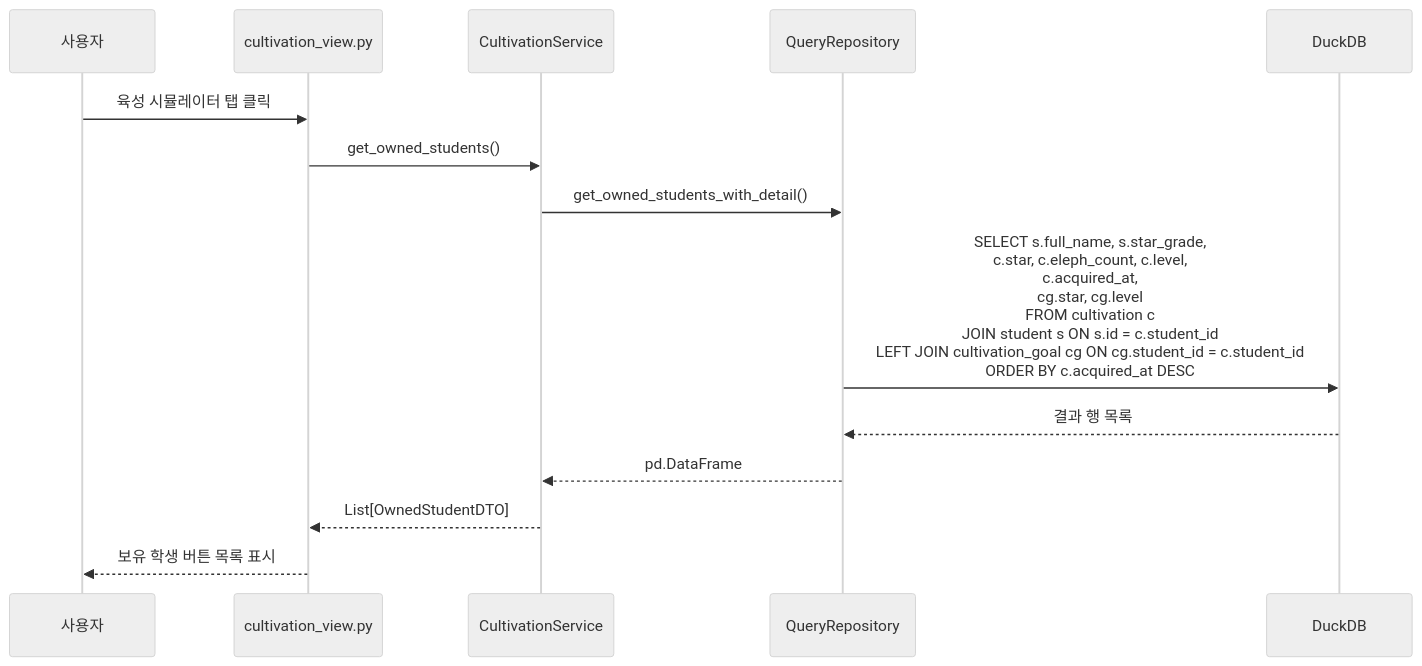
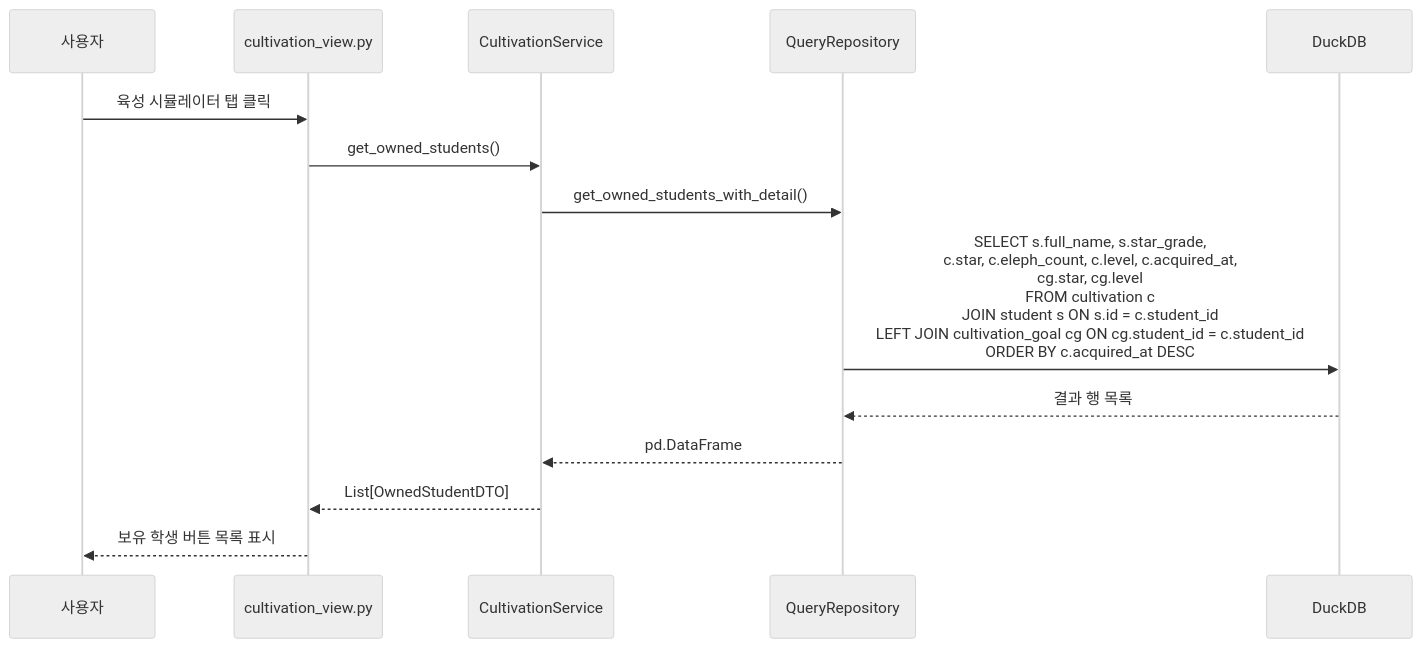
One commit to dngur521/blue-archive-db-project changed the fourth of 5 diagrams in 설계서_초안.md. Above: the diagram before and after it, drawn with Mermaid (neutral theme). The commit also changed other lines of this file and 2 other files, not shown here.

First line of the commit message:
📝 docs: 시퀀스 다이어그램 Use Case 번호 정합성 수정

````diff
--- a/설계서_초안.md
+++ b/설계서_초안.md
@@ -628,17 +628,17 @@
 ```mermaid
 sequenceDiagram
     participant 사용자
     participant View as cultivation_view.py
     participant Service as CultivationService
     participant QueryRepo as QueryRepository
     participant DB as DuckDB
 
     사용자->>View: 육성 시뮬레이터 탭 클릭
     View->>Service: get_owned_students()
     Service->>QueryRepo: get_owned_students_with_detail()
-    QueryRepo->>DB: SELECT s.full_name, s.star_grade,<br/>  c.star, c.eleph_count, c.level,<br/>  c.acquired_at,<br/>  cg.star, cg.level<br/>FROM cultivation c<br/>JOIN student s ON s.id = c.student_id<br/>LEFT JOIN cultivation_goal cg ON cg.student_id = c.student_id<br/>ORDER BY c.acquired_at DESC
+    QueryRepo->>DB: SELECT s.full_name, s.star_grade,<br/>  c.star, c.eleph_count, c.level, c.acquired_at,<br/>  cg.star, cg.level<br/>FROM cultivation c<br/>JOIN student s ON s.id = c.student_id<br/>LEFT JOIN cultivation_goal cg ON cg.student_id = c.student_id<br/>ORDER BY c.acquired_at DESC
     DB-->>QueryRepo: 결과 행 목록
     QueryRepo-->>Service: pd.DataFrame
     Service-->>View: List[OwnedStudentDTO]
     View-->>사용자: 보유 학생 버튼 목록 표시
 ```
````
